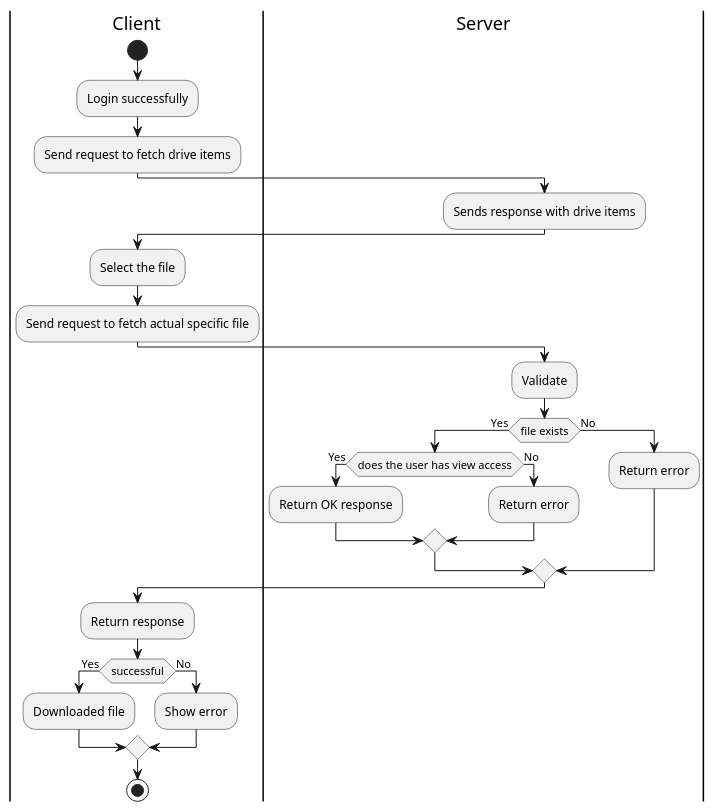
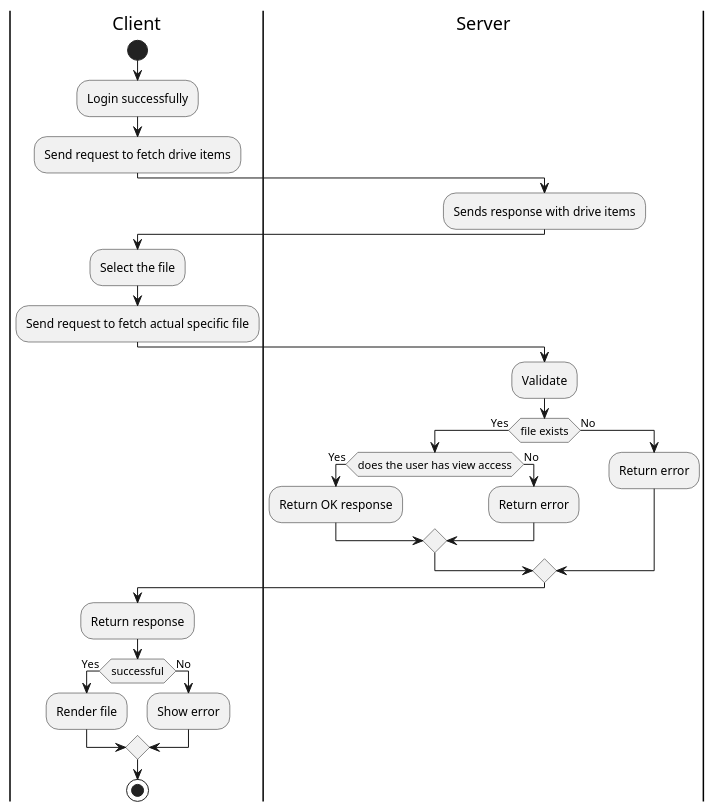
The diagram in docs/activity-diagrams/view-file.puml (hakanyildizhan/pwr-22-spring-css-ii-st-gpp), drawn with PlantUML before and after one commit.

```diff
--- a/docs/activity-diagrams/view-file.puml
+++ b/docs/activity-diagrams/view-file.puml
@@ -1,37 +1,37 @@
 @startuml
 |Client|
 start
 |Client|
 :Login successfully;
 :Send request to fetch drive items;
 |Server|
 :Sends response with drive items;
 |Client|
 :Select the file;
 :Send request to fetch actual specific file;
 |Server|
 :Validate;
 if (file exists) then
  ->Yes;
  if (does the user has view access) then
   ->Yes;
   :Return OK response;
  else
   ->No;
   :Return error;
  endif
 else
  -> No;
  :Return error;
 endif
 |Client|
 :Return response;
 if(successful) then
 ->Yes;
-:Downloaded file;
+:Render file;
 else
 ->No;
 :Show error;
 endif
 stop
 @enduml
```
